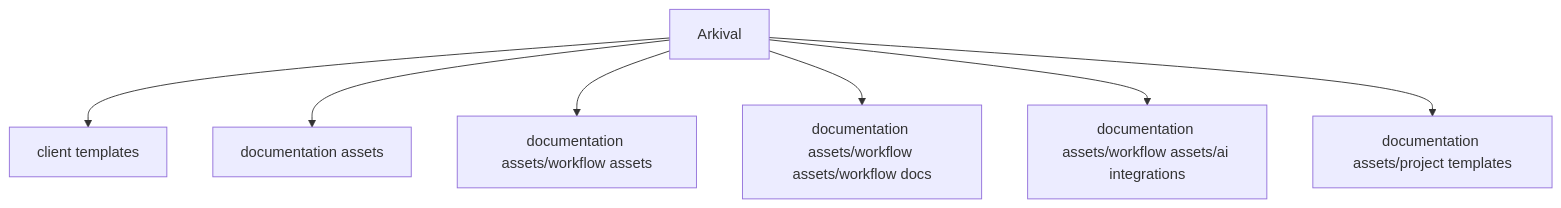
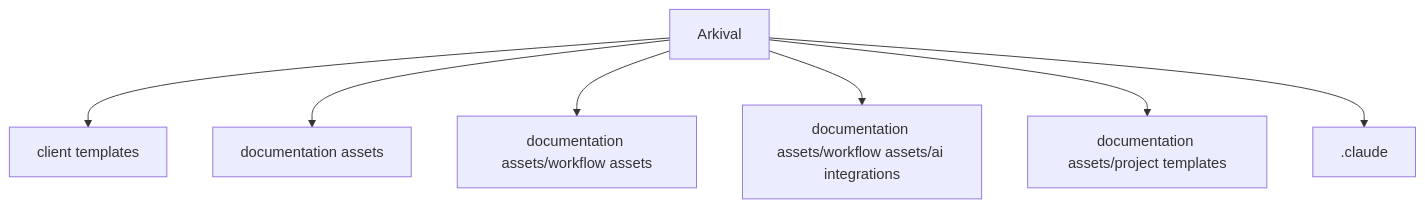
Before and after one commit to Spitfire-Products/Arkival-V4: the fifth of 5 diagrams in ARCHITECTURE_DIAGRAM.md, drawn with Mermaid. The commit also changed other lines of this file and 15 other files, not shown here.

````diff
--- a/ARCHITECTURE_DIAGRAM.md
+++ b/ARCHITECTURE_DIAGRAM.md
@@ -122,18 +122,18 @@
 ```mermaid
 graph TD
     ROOT[Arkival]
     ROOT --> D0[client templates]
     ROOT --> D1[documentation assets]
     ROOT --> D2[documentation assets/workflow assets]
-    ROOT --> D3[documentation assets/workflow assets/workflow docs]
-    ROOT --> D4[documentation assets/workflow assets/ai integrations]
-    ROOT --> D5[documentation assets/project templates]
+    ROOT --> D3[documentation assets/workflow assets/ai integrations]
+    ROOT --> D4[documentation assets/project templates]
+    ROOT --> D5[.claude]
 
     classDef coreModule fill:#e3f2fd,stroke:#1976d2
     classDef analysis fill:#f3e5f5,stroke:#7b1fa2
     classDef output fill:#e8f5e8,stroke:#388e3c
     
     class M0,M1,M2,M3,M4,M5 coreModule
     class T1,T2,T3,T4 analysis
     class A1,A2,A3 output
 ```
````
